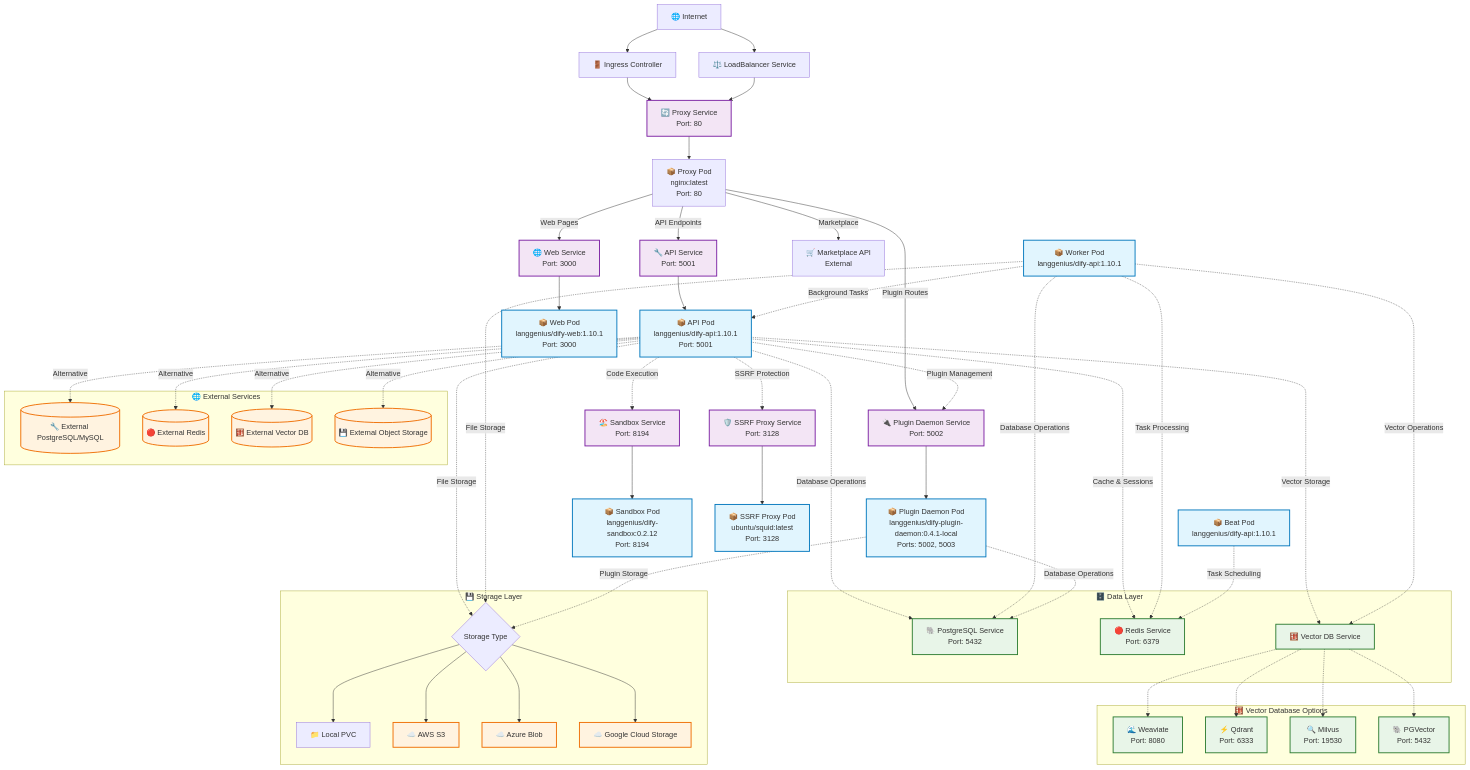
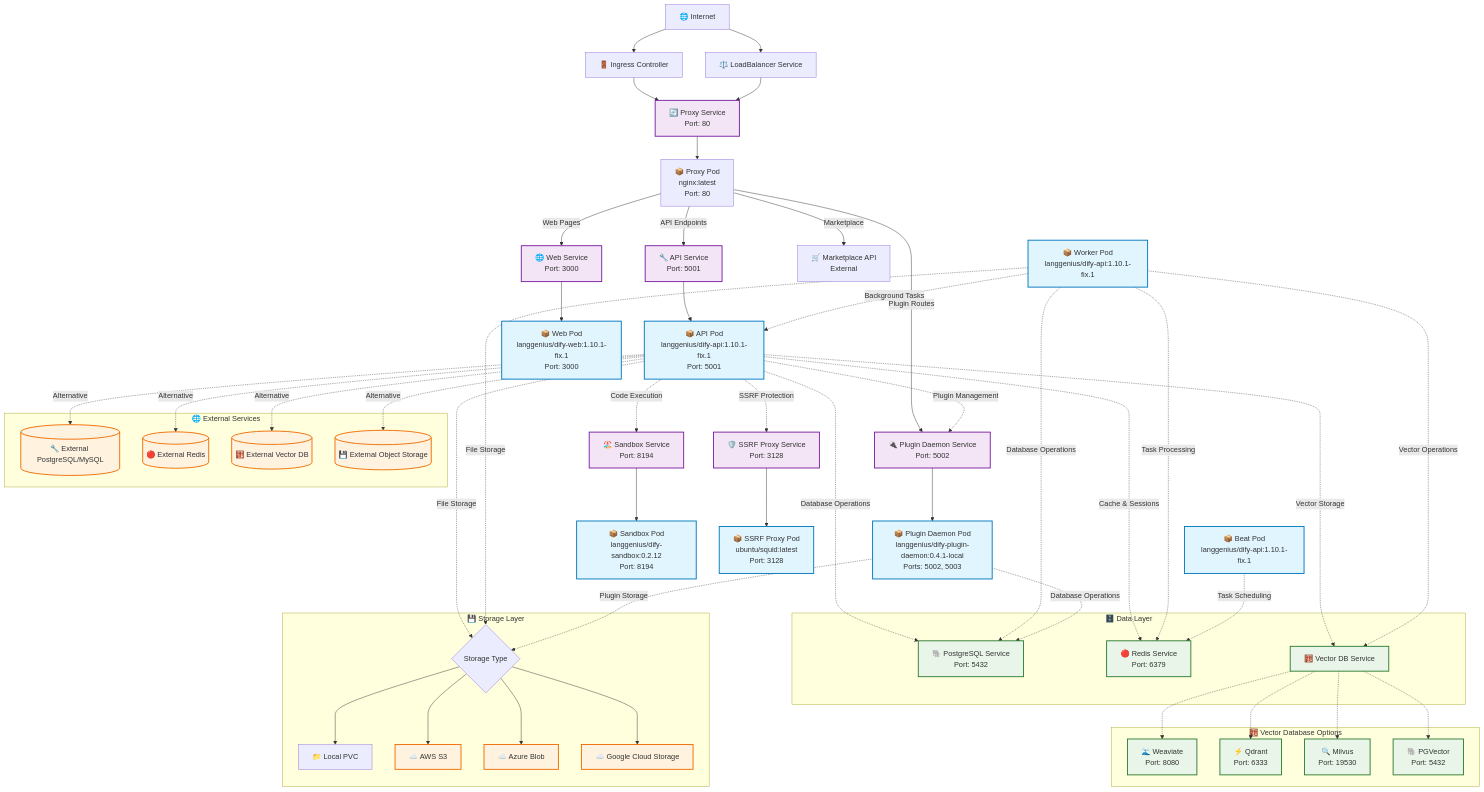
Before and after one commit to BorisPolonsky/dify-helm: the diagram in README.md, drawn with Mermaid. The commit also changed other lines of this file and 15 other files, not shown here.

```diff
--- a/README.md
+++ b/README.md
@@ -43,15 +43,15 @@
     ProxyPod -->|Marketplace| MarketplaceAPI[🛒 Marketplace API<br/>External]
 
     %% Backend Pods
-    APIService --> APIPod[📦 API Pod<br/>langgenius/dify-api:1.10.1<br/>Port: 5001]
-    WebService --> WebPod[📦 Web Pod<br/>langgenius/dify-web:1.10.1<br/>Port: 3000]
+    APIService --> APIPod[📦 API Pod<br/>langgenius/dify-api:1.10.1-fix.1<br/>Port: 5001]
+    WebService --> WebPod[📦 Web Pod<br/>langgenius/dify-web:1.10.1-fix.1<br/>Port: 3000]
     PluginService --> PluginPod[📦 Plugin Daemon Pod<br/>langgenius/dify-plugin-daemon:0.4.1-local<br/>Ports: 5002, 5003]
 
     %% Worker Pod (Background Processing)
-    WorkerPod[📦 Worker Pod<br/>langgenius/dify-api:1.10.1]
+    WorkerPod[📦 Worker Pod<br/>langgenius/dify-api:1.10.1-fix.1]
 
     %% Beat Pod (Periodic task scheduler)
-    BeatPod[📦 Beat Pod<br/>langgenius/dify-api:1.10.1]
+    BeatPod[📦 Beat Pod<br/>langgenius/dify-api:1.10.1-fix.1]
 
     %% Sandbox Service
     SandboxService[🏖️ Sandbox Service<br/>Port: 8194] --> SandboxPod[📦 Sandbox Pod<br/>langgenius/dify-sandbox:0.2.12<br/>Port: 8194]
```
